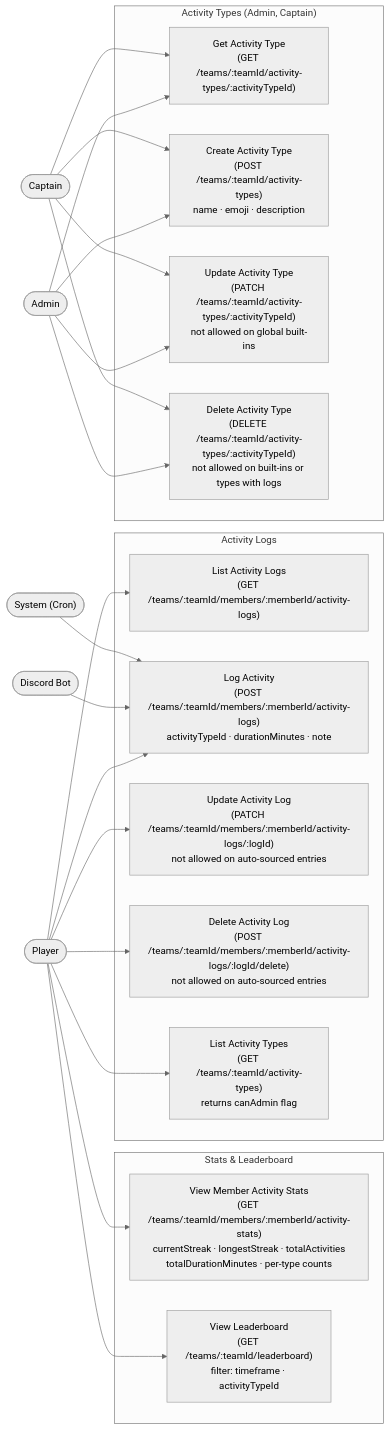
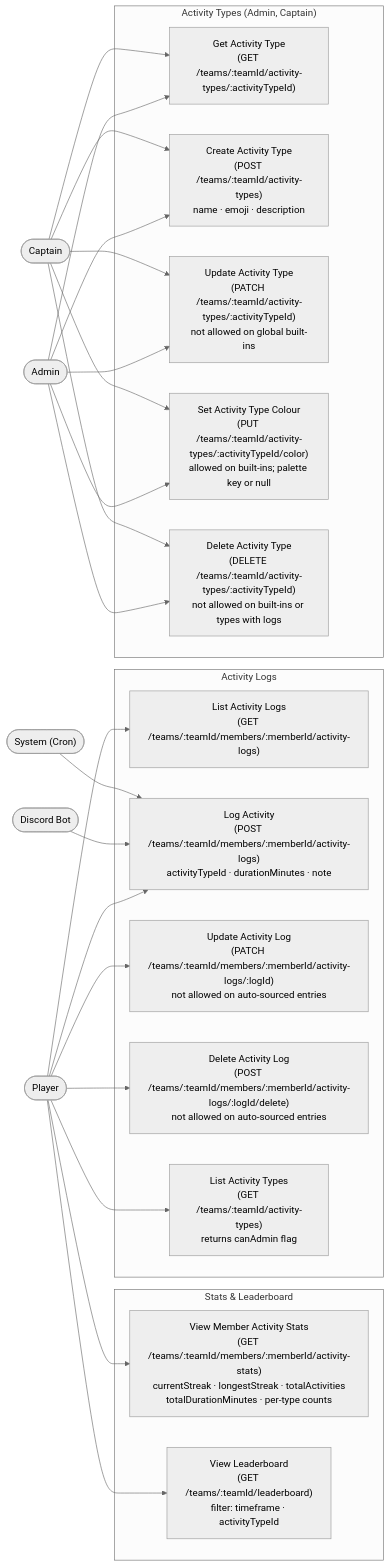
Before and after one commit to sideline-cz/sideline: the seventh of 11 diagrams in docs/thesis/use-cases.md, drawn with Mermaid (neutral theme). The commit also changed 18 other files, not shown here.

First line of the commit message:
feat: editable dot color on activity types

````diff
--- a/docs/thesis/use-cases.md
+++ b/docs/thesis/use-cases.md
@@ -575,49 +575,52 @@
 ```mermaid
 flowchart LR
     PL(["Player"])
     CP(["Captain"])
     AD(["Admin"])
     BOT(["Discord Bot"])
     SYS(["System (Cron)"])
 
     subgraph LOGS["Activity Logs"]
         UC_LIST_LOGS["List Activity Logs\n(GET /teams/:teamId/members/:memberId/activity-logs)"]
         UC_CREATE_LOG["Log Activity\n(POST /teams/:teamId/members/:memberId/activity-logs)\nactivityTypeId · durationMinutes · note"]
         UC_UPDATE_LOG["Update Activity Log\n(PATCH /teams/:teamId/members/:memberId/activity-logs/:logId)\nnot allowed on auto-sourced entries"]
         UC_DELETE_LOG["Delete Activity Log\n(POST /teams/:teamId/members/:memberId/activity-logs/:logId/delete)\nnot allowed on auto-sourced entries"]
         UC_LIST_TYPES["List Activity Types\n(GET /teams/:teamId/activity-types)\nreturns canAdmin flag"]
     end
 
     subgraph STATS["Stats & Leaderboard"]
         UC_MY_STATS["View Member Activity Stats\n(GET /teams/:teamId/members/:memberId/activity-stats)\ncurrentStreak · longestStreak · totalActivities\ntotalDurationMinutes · per-type counts"]
         UC_LEADERBOARD["View Leaderboard\n(GET /teams/:teamId/leaderboard)\nfilter: timeframe · activityTypeId"]
     end
 
     subgraph AT["Activity Types (Admin, Captain)"]
         UC_GET_TYPE["Get Activity Type\n(GET /teams/:teamId/activity-types/:activityTypeId)"]
         UC_CREATE_TYPE["Create Activity Type\n(POST /teams/:teamId/activity-types)\nname · emoji · description"]
         UC_UPDATE_TYPE["Update Activity Type\n(PATCH /teams/:teamId/activity-types/:activityTypeId)\nnot allowed on global built-ins"]
+        UC_COLOR_TYPE["Set Activity Type Colour\n(PUT /teams/:teamId/activity-types/:activityTypeId/color)\nallowed on built-ins; palette key or null"]
         UC_DELETE_TYPE["Delete Activity Type\n(DELETE /teams/:teamId/activity-types/:activityTypeId)\nnot allowed on built-ins or types with logs"]
     end
 
     PL --> UC_LIST_LOGS
     PL --> UC_CREATE_LOG
     PL --> UC_UPDATE_LOG
     PL --> UC_DELETE_LOG
     PL --> UC_LIST_TYPES
     PL --> UC_MY_STATS
     PL --> UC_LEADERBOARD
 
     AD --> UC_GET_TYPE
     AD --> UC_CREATE_TYPE
     AD --> UC_UPDATE_TYPE
+    AD --> UC_COLOR_TYPE
     AD --> UC_DELETE_TYPE
 
     CP --> UC_GET_TYPE
     CP --> UC_CREATE_TYPE
     CP --> UC_UPDATE_TYPE
+    CP --> UC_COLOR_TYPE
     CP --> UC_DELETE_TYPE
 
     BOT --> UC_CREATE_LOG
     SYS --> UC_CREATE_LOG
 ```
````
